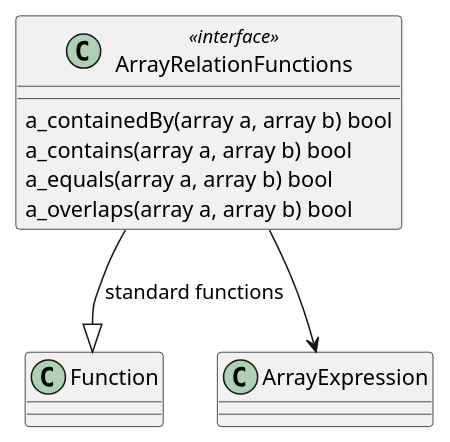
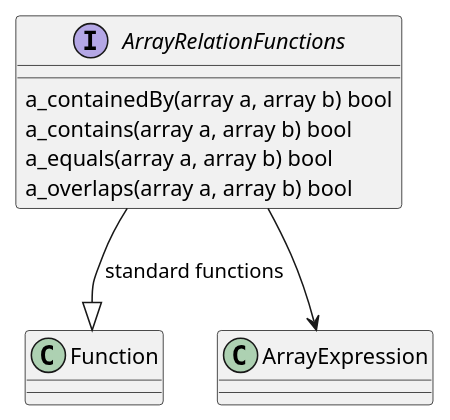
Before and after one commit to opengeospatial/styles-and-symbology: the seventh of 10 diagrams in core/sections/clause_18_functions.adoc, drawn with PlantUML. The commit also changed other lines of this file and 8 other files, not shown here.

Commit message:
correction to plantuml naming conventions

```diff
--- a/core/sections/clause_18_functions.adoc
+++ b/core/sections/clause_18_functions.adoc
@@ -504,10 +504,10 @@
 [plantuml, target=diagram-classes, format=png]
 ....
-class ArrayRelationFunctions <<interface>>
+interface ArrayRelationFunctions
 ArrayRelationFunctions --|> Function : standard functions
 ArrayRelationFunctions : a_containedBy(array a, array b) bool
 ArrayRelationFunctions : a_contains(array a, array b) bool
 ArrayRelationFunctions : a_equals(array a, array b) bool
 ArrayRelationFunctions : a_overlaps(array a, array b) bool
 ArrayRelationFunctions --> ArrayExpression
 ....
```
